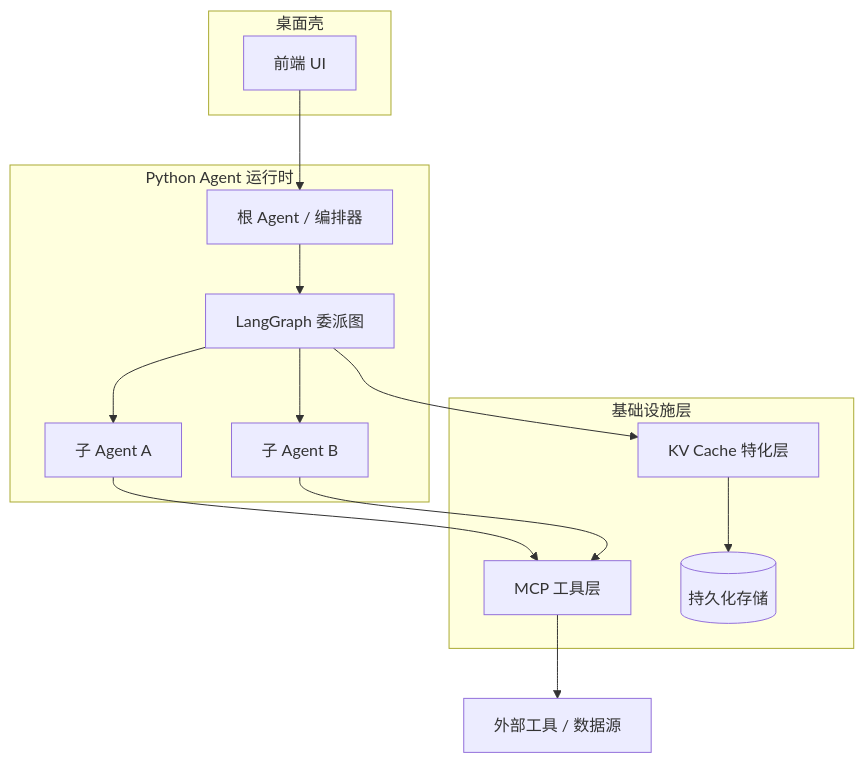
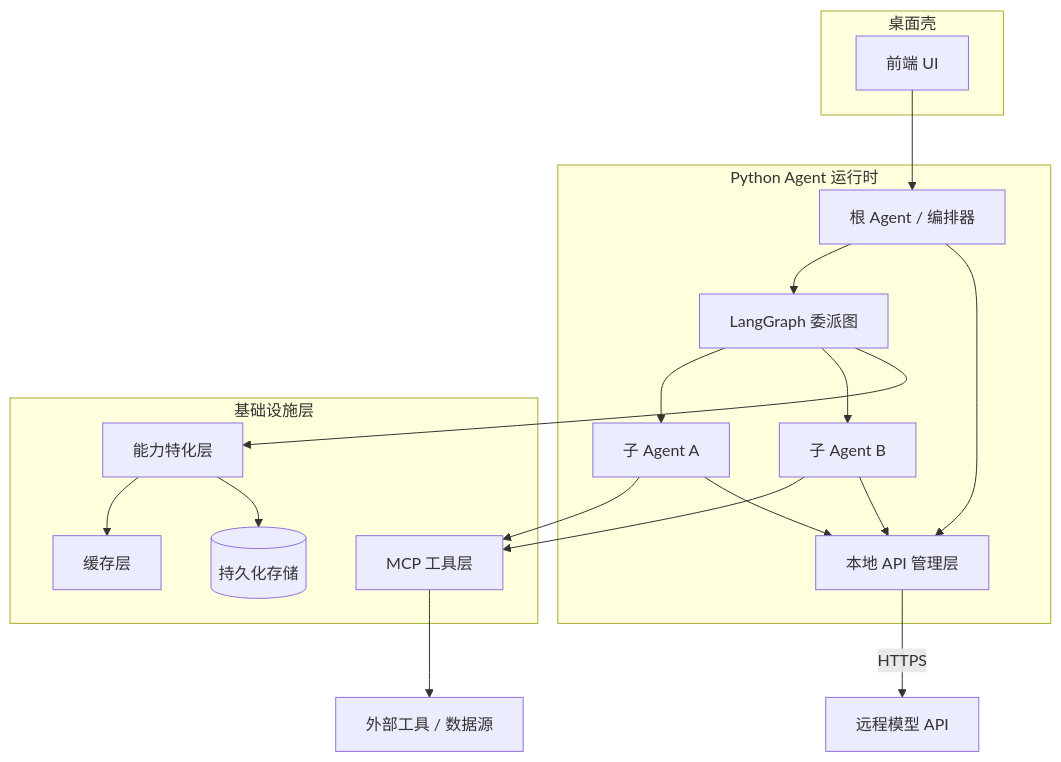
The diagram in docs/architecture/overview.md (haha-ha-cuo/AuroraAgent-demo), drawn with Mermaid before and after one commit. The commit also changed other lines of this file and 25 other files, not shown here.

````diff
--- a/docs/architecture/overview.md
+++ b/docs/architecture/overview.md
@@ -7,29 +7,36 @@
 ```mermaid
 flowchart TB
     subgraph Shell[桌面壳]
         UI[前端 UI]
     end
 
     subgraph Runtime[Python Agent 运行时]
+        API[本地 API 管理层]
         Orchestrator[根 Agent / 编排器]
         Graph[LangGraph 委派图]
         SubA[子 Agent A]
         SubB[子 Agent B]
     end
 
     subgraph Infra[基础设施层]
-        KVCache[KV Cache 特化层]
+        Cap[能力特化层]
+        Cache[缓存层]
         MCPLayer[MCP 工具层]
         Store[(持久化存储)]
     end
 
     UI --> Orchestrator
     Orchestrator --> Graph
     Graph --> SubA
     Graph --> SubB
-    Graph --> KVCache
+    Graph --> Cap
     SubA --> MCPLayer
     SubB --> MCPLayer
-    KVCache --> Store
+    Cap --> Cache
+    Cap --> Store
     MCPLayer --> Ext[外部工具 / 数据源]
+    Orchestrator --> API
+    SubA --> API
+    SubB --> API
+    API -->|HTTPS| Remote[远程模型 API]
 ```
````
